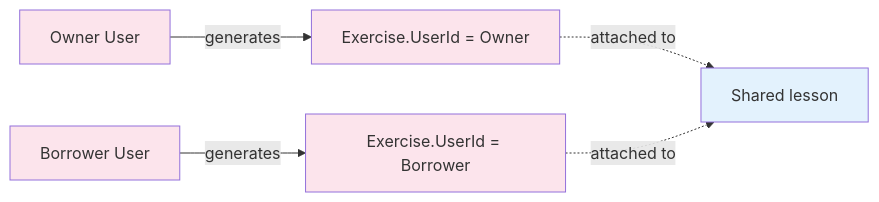
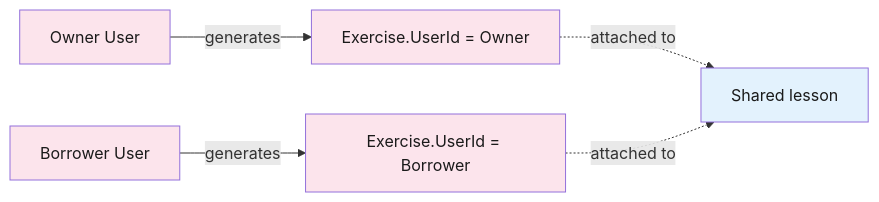
Before and after one commit to Dockdep/LessonHub: the second of 2 diagrams in diagrams/flows/exercise-generate.md, drawn with Mermaid. The commit also changed 26 other files, not shown here.

````diff
--- a/diagrams/flows/exercise-generate.md
+++ b/diagrams/flows/exercise-generate.md
@@ -75,16 +75,16 @@
 ```mermaid
 flowchart LR
-  classDef u fill:#fce4ec
-  classDef l fill:#e3f2fd
+  classDef u fill:#fce4ec,color:#1a1a1a
+  classDef l fill:#e3f2fd,color:#1a1a1a
 
   ow[Owner User]:::u
   bo[Borrower User]:::u
   l[Shared lesson]:::l
   e1[Exercise.UserId = Owner]:::u
   e2[Exercise.UserId = Borrower]:::u
 
   ow -- generates --> e1
   bo -- generates --> e2
   e1 -. attached to .-> l
   e2 -. attached to .-> l
 ```
````
